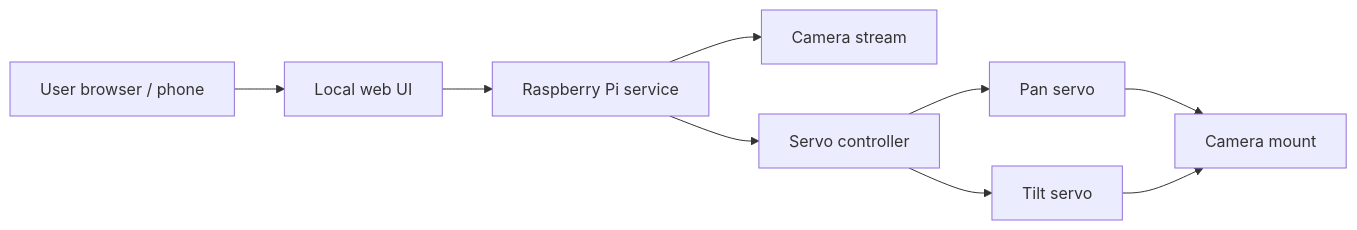
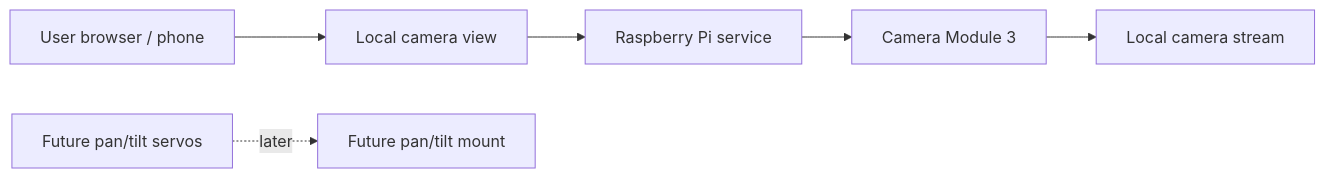
Before and after one commit to bvaj7x/pi-servocam-local: the diagram in README.md, drawn with Mermaid. The commit also changed other lines of this file and 3 other files, not shown here.

Commit message:
Update docs for current Camera Module 3 hardware

````diff
--- a/README.md
+++ b/README.md
@@ -25,20 +26,16 @@
 ```mermaid
 flowchart LR
     User["User browser / phone"]
-    UI["Local web UI"]
+    UI["Local camera view"]
     Service["Raspberry Pi service"]
-    Stream["Camera stream"]
-    ServoController["Servo controller"]
-    Pan["Pan servo"]
-    Tilt["Tilt servo"]
-    Mount["Camera mount"]
+    Camera["Camera Module 3"]
+    Stream["Local camera stream"]
+    FutureServos["Future pan/tilt servos"]
+    FutureMount["Future pan/tilt mount"]
 
     User --> UI
     UI --> Service
-    Service --> Stream
-    Service --> ServoController
-    ServoController --> Pan
-    ServoController --> Tilt
-    Pan --> Mount
-    Tilt --> Mount
+    Service --> Camera
+    Camera --> Stream
+    FutureServos -. later .-> FutureMount
 ```
````
